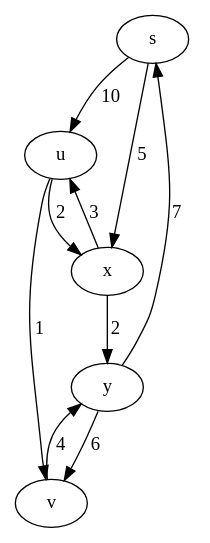
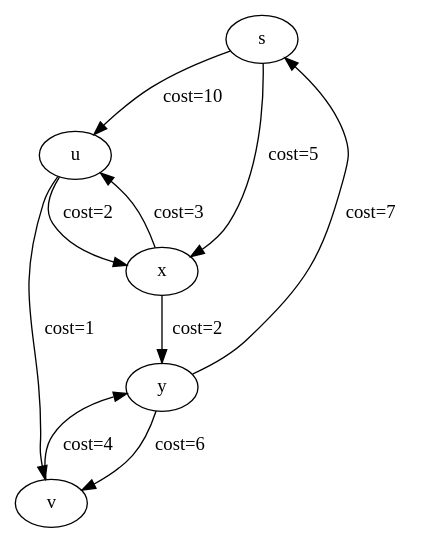
Before and after one commit to MaxPower9001/B-AI3GKAP: the diagram in io/graph_03.dot, drawn with Graphviz. The commit also changed 20 other files, not shown here.

```diff
--- a/io/graph_03.dot
+++ b/io/graph_03.dot
@@ -1,17 +1,17 @@
 digraph graph_03
 {
 s
 u
 x
 v
 y
-s -> u [label="10  "]
-s -> x [label="5  "]
-u -> x [label="2  "]
-u -> v [label="1  "]
-x -> u [label="3  "]
-x -> y [label="2  "]
-v -> y [label="4  "]
-y -> s [label="7  "]
-y -> v [label="6  "]
+s -> u [label="cost=10  "]
+s -> x [label="cost=5  "]
+u -> x [label="cost=2  "]
+u -> v [label="cost=1  "]
+x -> u [label="cost=3  "]
+x -> y [label="cost=2  "]
+v -> y [label="cost=4  "]
+y -> s [label="cost=7  "]
+y -> v [label="cost=6  "]
 }
```
